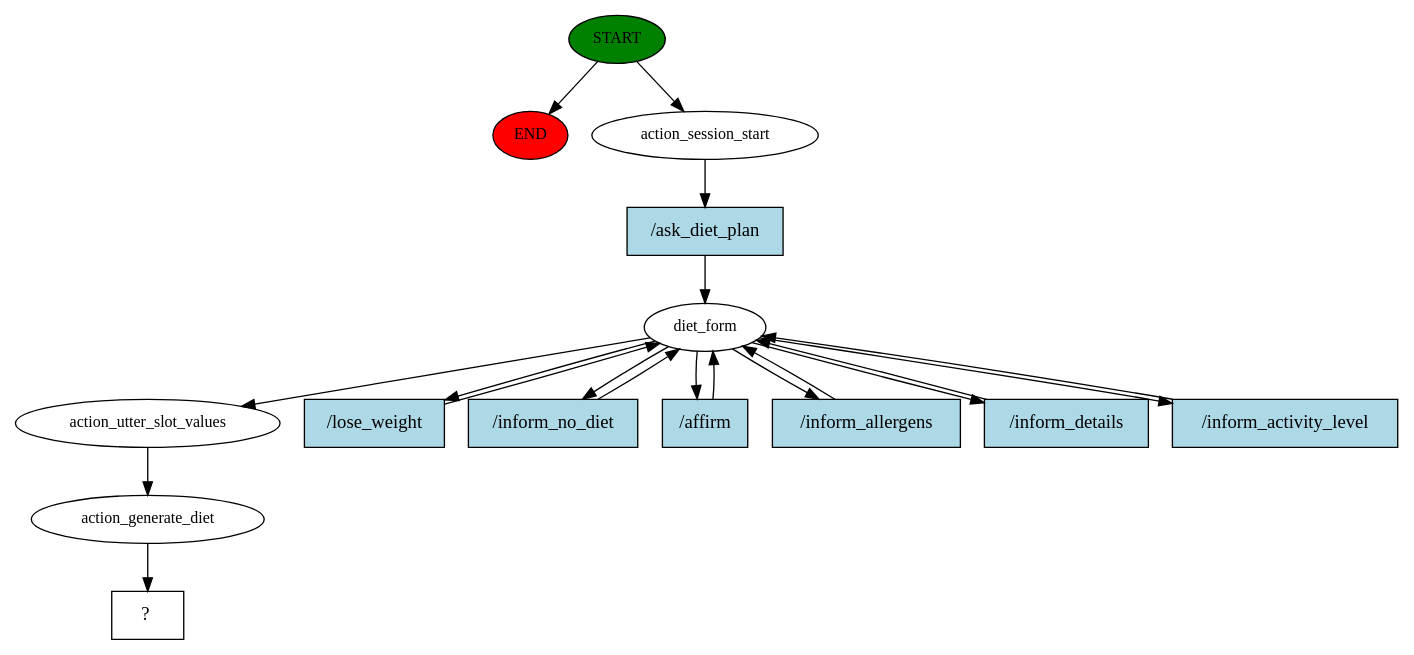
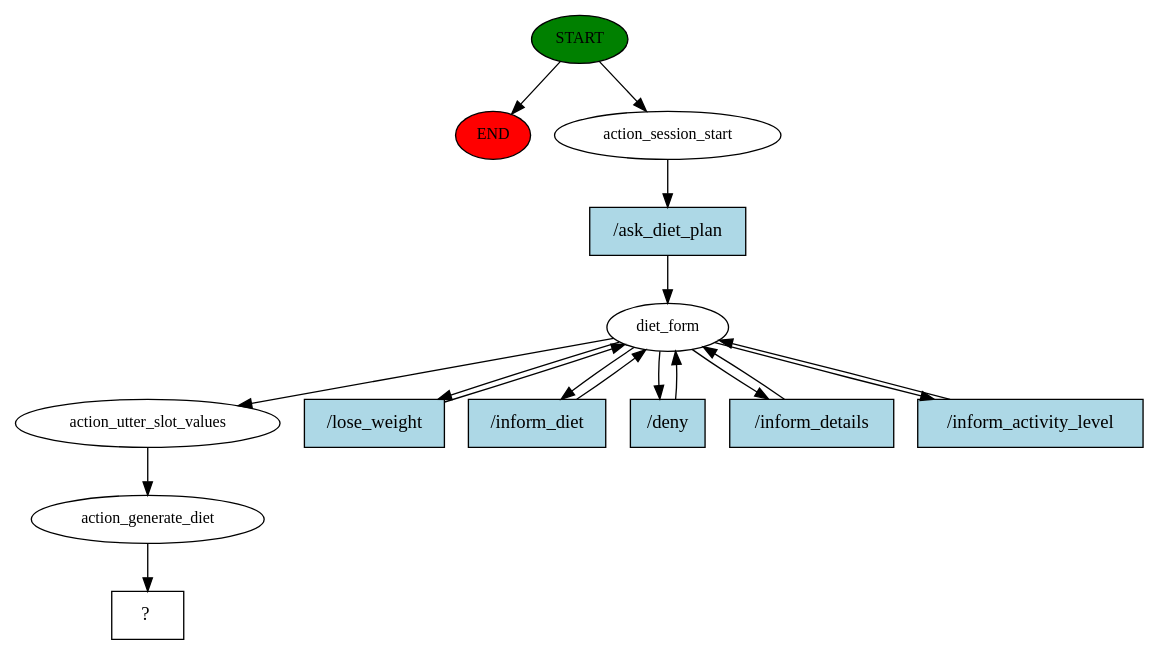
One commit to v-rowjee/Chatbot-Engine changed the diagram in story_graph.dot. Above: the diagram before and after it, drawn with Graphviz. The commit also changed 3 other files, not shown here.

```diff
--- a/story_graph.dot
+++ b/story_graph.dot
@@ -1,35 +1,32 @@
 digraph  {
 0 [class="start active", fillcolor=green, fontsize=12, label=START, style=filled];
 "-1" [class=end, fillcolor=red, fontsize=12, label=END, style=filled];
 1 [class=active, fontsize=12, label=action_session_start];
 2 [class=active, fontsize=12, label=diet_form];
-9 [class=active, fontsize=12, label=action_utter_slot_values];
-10 [class=active, fontsize=12, label=action_generate_diet];
-11 [class="intent dashed active", label="  ?  ", shape=rect];
-12 [class="intent active", fillcolor=lightblue, label="/ask_diet_plan", shape=rect, style=filled];
-13 [class="intent active", fillcolor=lightblue, label="/lose_weight", shape=rect, style=filled];
-14 [class="intent active", fillcolor=lightblue, label="/inform_no_diet", shape=rect, style=filled];
-15 [class="intent active", fillcolor=lightblue, label="/affirm", shape=rect, style=filled];
-16 [class="intent active", fillcolor=lightblue, label="/inform_allergens", shape=rect, style=filled];
-17 [class="intent active", fillcolor=lightblue, label="/inform_details", shape=rect, style=filled];
-18 [class="intent active", fillcolor=lightblue, label="/inform_activity_level", shape=rect, style=filled];
+11 [class=active, fontsize=12, label=action_utter_slot_values];
+12 [class=active, fontsize=12, label=action_generate_diet];
+13 [class="intent dashed active", label="  ?  ", shape=rect];
+14 [class="intent active", fillcolor=lightblue, label="/ask_diet_plan", shape=rect, style=filled];
+15 [class="intent active", fillcolor=lightblue, label="/lose_weight", shape=rect, style=filled];
+16 [class="intent active", fillcolor=lightblue, label="/inform_diet", shape=rect, style=filled];
+17 [class="intent active", fillcolor=lightblue, label="/deny", shape=rect, style=filled];
+18 [class="intent active", fillcolor=lightblue, label="/inform_details", shape=rect, style=filled];
+19 [class="intent active", fillcolor=lightblue, label="/inform_activity_level", shape=rect, style=filled];
 0 -> "-1"  [class="", key=NONE, label=""];
 0 -> 1  [class=active, key=NONE, label=""];
-1 -> 12  [class=active, key=0];
-2 -> 9  [class=active, key=NONE, label=""];
-2 -> 13  [class=active, key=0];
-2 -> 14  [class=active, key=0];
+1 -> 14  [class=active, key=0];
+2 -> 11  [class=active, key=NONE, label=""];
 2 -> 15  [class=active, key=0];
 2 -> 16  [class=active, key=0];
 2 -> 17  [class=active, key=0];
 2 -> 18  [class=active, key=0];
-9 -> 10  [class=active, key=NONE, label=""];
-10 -> 11  [class=active, key=NONE, label=""];
-12 -> 2  [class=active, key=0];
-13 -> 2  [class=active, key=0];
+2 -> 19  [class=active, key=0];
+11 -> 12  [class=active, key=NONE, label=""];
+12 -> 13  [class=active, key=NONE, label=""];
 14 -> 2  [class=active, key=0];
 15 -> 2  [class=active, key=0];
 16 -> 2  [class=active, key=0];
 17 -> 2  [class=active, key=0];
 18 -> 2  [class=active, key=0];
+19 -> 2  [class=active, key=0];
 }
```
